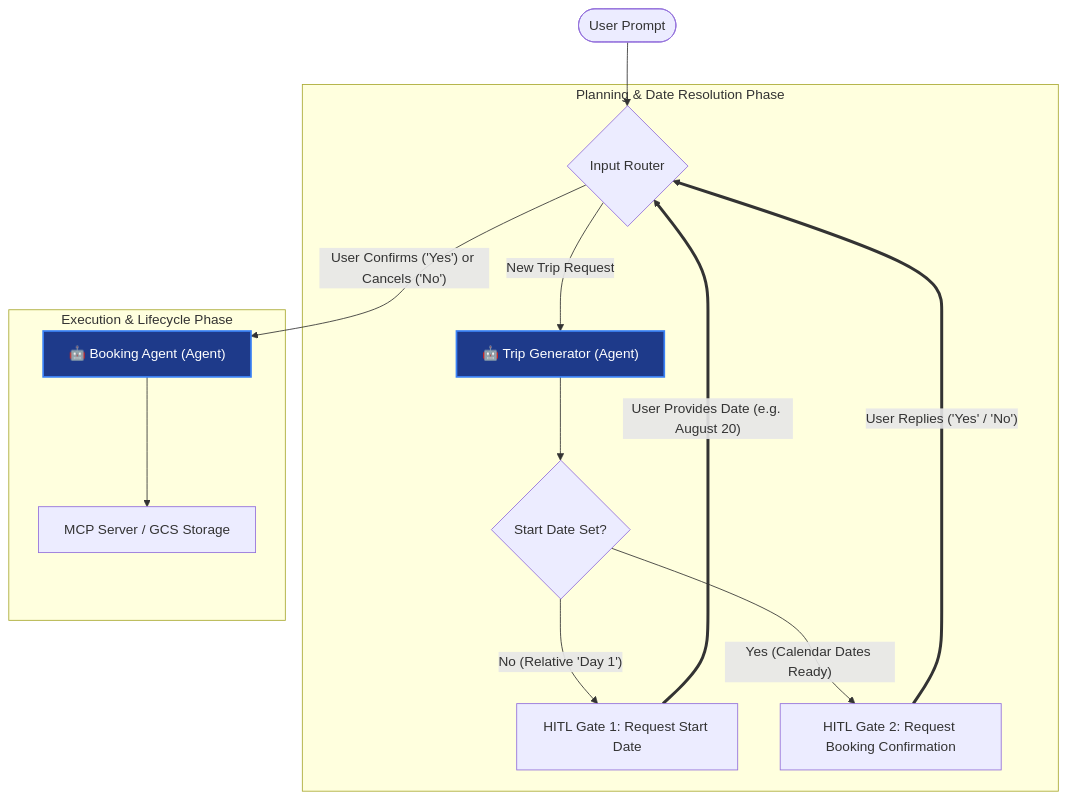
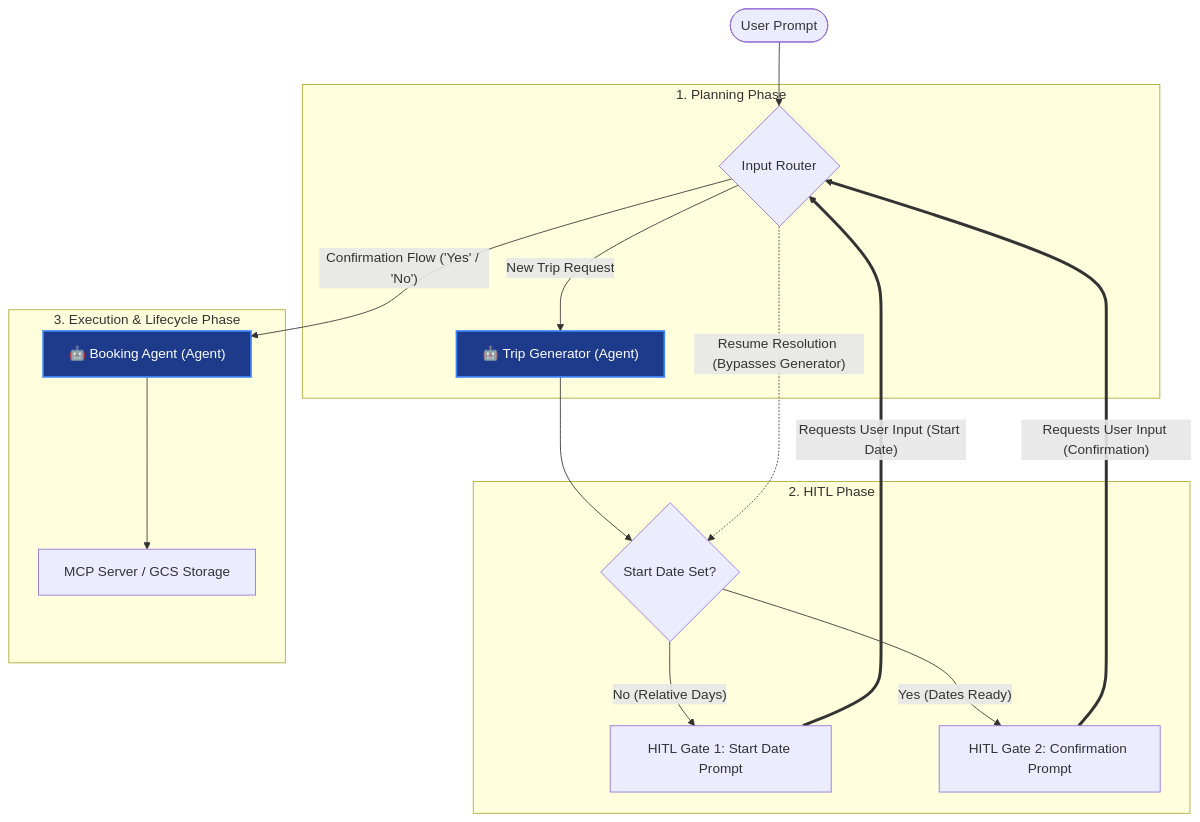
Before and after one commit to rtannenbaum/agentic-trip-planner: the diagram in README.md, drawn with Mermaid.

Commit message:
Update README.md architecture diagram with Requests User Input labels

````diff
--- a/README.md
+++ b/README.md
@@ -86,23 +86,25 @@
 ```mermaid
 graph TD
     User([User Prompt]) --> Router{Input Router}
     
-    subgraph Planning & Date Resolution Phase
+    subgraph 1. Planning Phase
         Router -- "New Trip Request" --> TripGen["🤖 Trip Generator (Agent)"]:::agentStyle
-        TripGen --> DateGate{Start Date Set?}
-        
-        DateGate -- "No (Relative 'Day 1')" --> Gate1["HITL Gate 1: Request Start Date"]
-        DateGate -- "Yes (Calendar Dates Ready)" --> Gate2["HITL Gate 2: Request Booking Confirmation"]
     end
     
-    subgraph Execution & Lifecycle Phase
-        Router -- "User Confirms ('Yes') or Cancels ('No')" --> BookAgent["🤖 Booking Agent (Agent)"]:::agentStyle
-        
+    subgraph 2. HITL Phase
+        TripGen --> DateGate{Start Date Set?}
+        DateGate -- "No (Relative Days)" --> Gate1["HITL Gate 1: Start Date Prompt"]
+        DateGate -- "Yes (Dates Ready)" --> Gate2["HITL Gate 2: Confirmation Prompt"]
+    end
+    
+    subgraph 3. Execution & Lifecycle Phase
+        Router -- "Confirmation Flow ('Yes' / 'No')" --> BookAgent["🤖 Booking Agent (Agent)"]:::agentStyle
         BookAgent --> MCP[MCP Server / GCS Storage]
     end
     
-    Gate1 == "User Provides Date (e.g. August 20)" ==> Router
-    Gate2 == "User Replies ('Yes' / 'No')" ==> Router
+    Gate1 == "Requests User Input (Start Date)" ==> Router
+    Router -. "Resume Resolution (Bypasses Generator)" .-> DateGate
+    Gate2 == "Requests User Input (Confirmation)" ==> Router
 
     classDef agentStyle fill:#1e3a8a,stroke:#3b82f6,color:#ffffff,stroke-width:2px;
 ```
````
